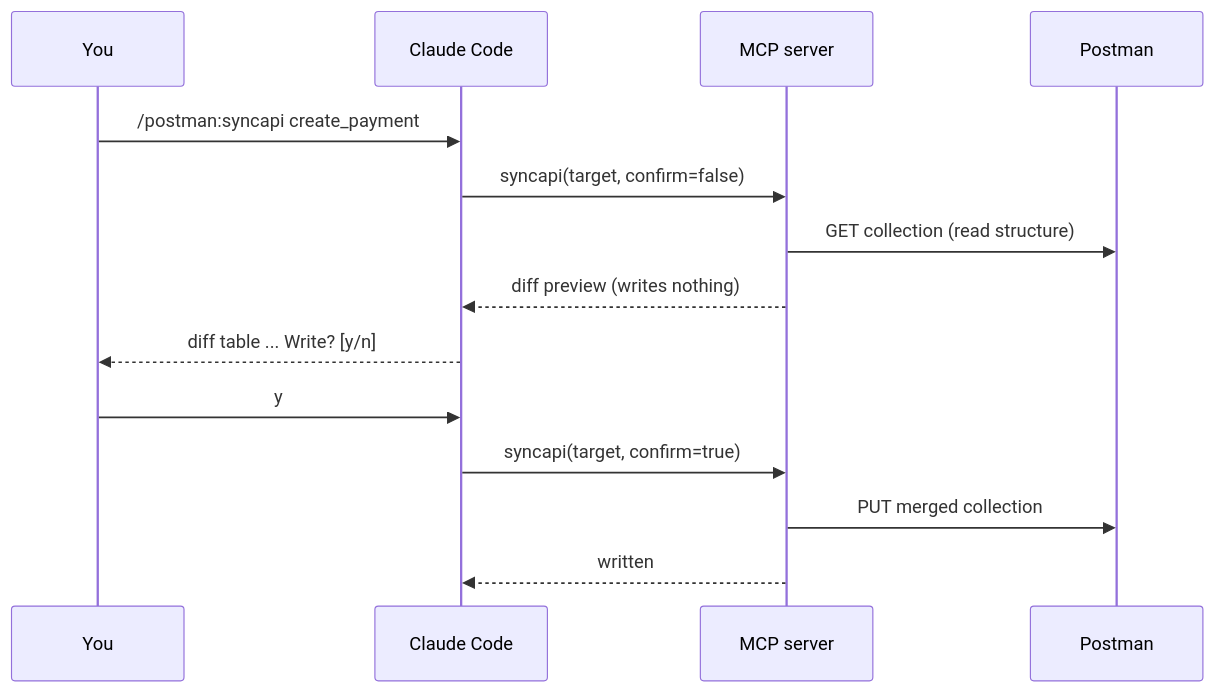
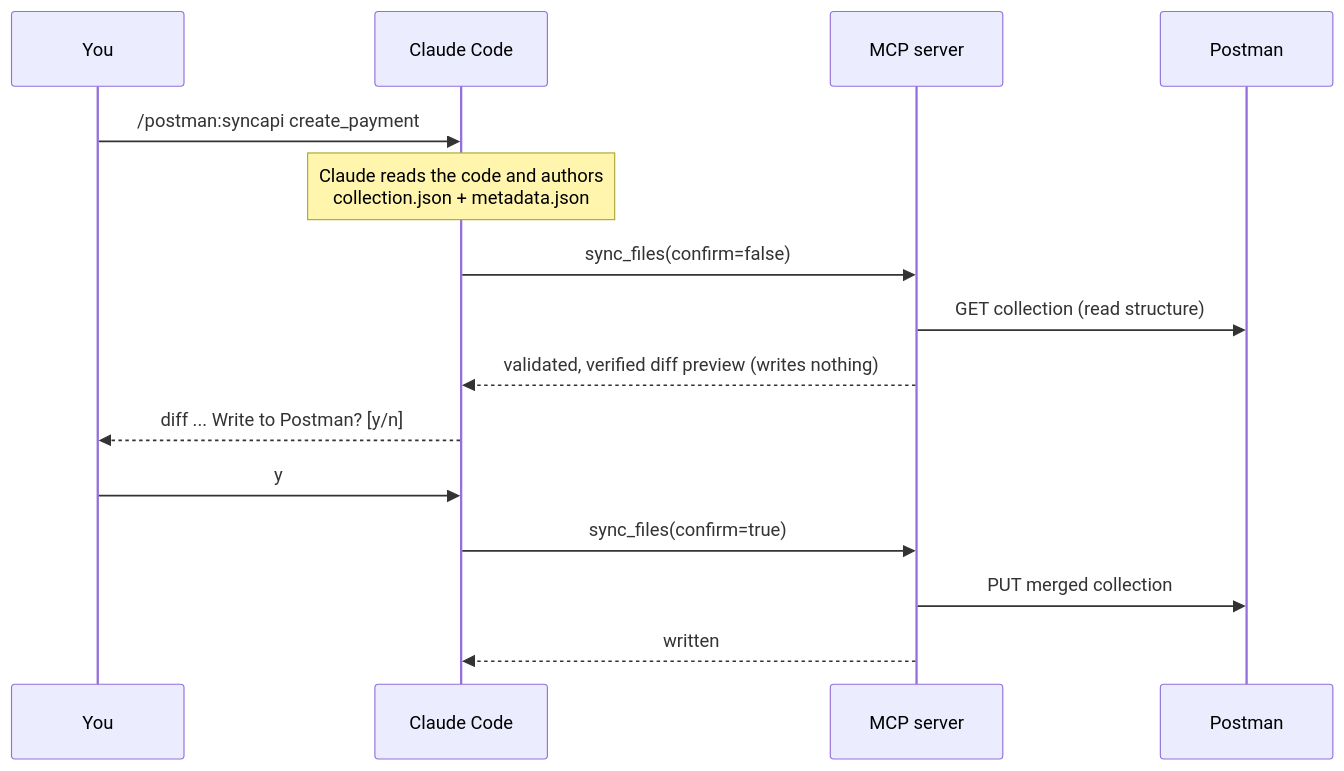
One commit to logesh-works/postman-mcp changed the diagram in docs/commands/index.md. Above: the diagram before and after it, drawn with Mermaid. The commit also changed other lines of this file and 129 other files, not shown here.

````diff
--- a/docs/commands/index.md
+++ b/docs/commands/index.md
@@ -23,16 +23,17 @@
 ```mermaid
 sequenceDiagram
     participant You
     participant CC as Claude Code
     participant S as MCP server
     participant P as Postman
     You->>CC: /postman:syncapi create_payment
-    CC->>S: syncapi(target, confirm=false)
+    Note over CC: Claude reads the code and authors<br/>collection.json + metadata.json
+    CC->>S: sync_files(confirm=false)
     S->>P: GET collection (read structure)
-    S-->>CC: diff preview (writes nothing)
-    CC-->>You: diff table ... Write? [y/n]
+    S-->>CC: validated, verified diff preview (writes nothing)
+    CC-->>You: diff ... Write to Postman? [y/n]
     You->>CC: y
-    CC->>S: syncapi(target, confirm=true)
+    CC->>S: sync_files(confirm=true)
     S->>P: PUT merged collection
     S-->>CC: written
 ```
````
